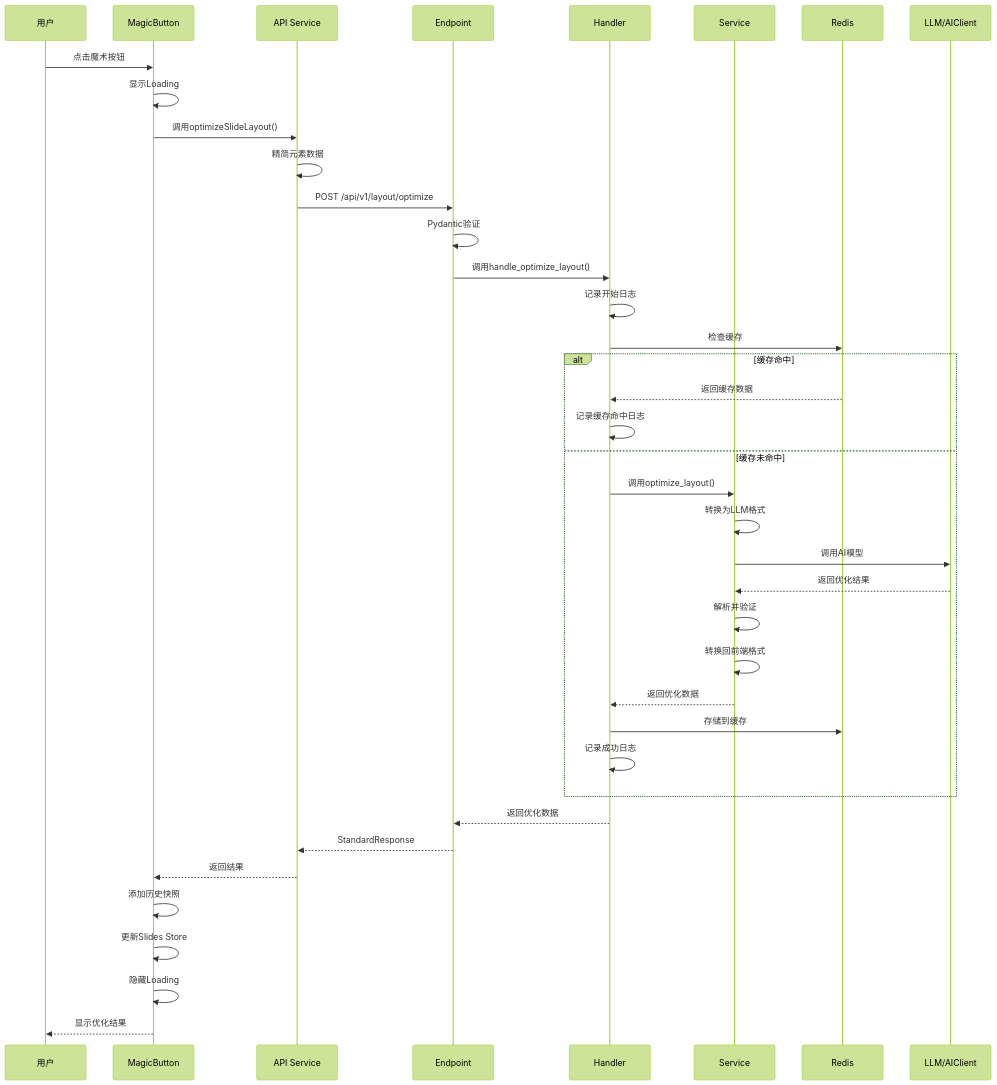
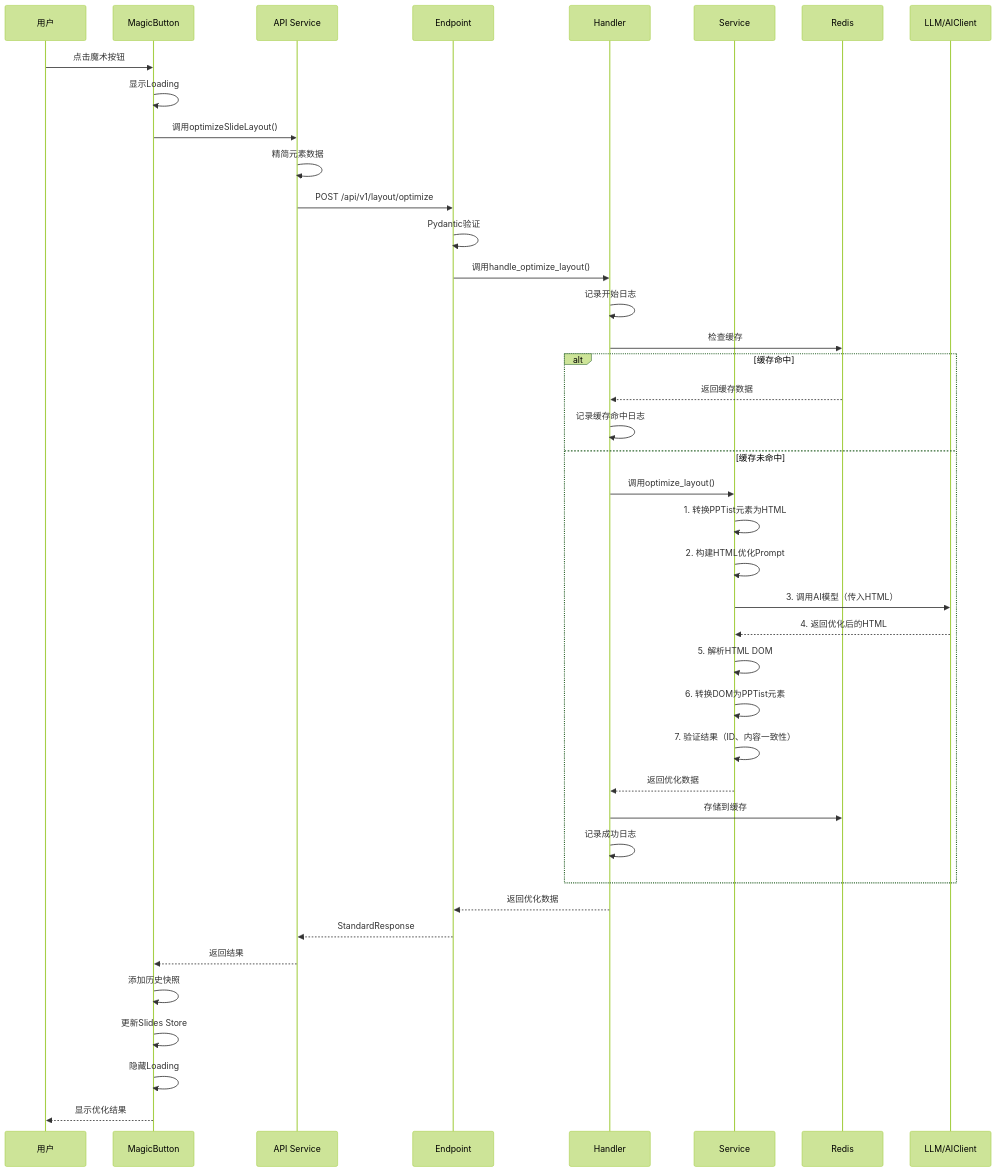
Before and after one commit to domonic18/ai-pptist-system: the diagram in docs/arch/AIPPT优化排版功能/架构设计文档-完善版.md, drawn with Mermaid (forest theme). The commit also changed other lines of this file and 2 other files, not shown here.

````diff
--- a/docs/arch/AIPPT优化排版功能/架构设计文档-完善版.md
+++ b/docs/arch/AIPPT优化排版功能/架构设计文档-完善版.md
@@ -323,50 +442,52 @@
 ```mermaid
 sequenceDiagram
     participant User as 用户
     participant UI as MagicButton
     participant API as API Service
     participant Endpoint as Endpoint
     participant Handler as Handler
     participant Service as Service
     participant Cache as Redis
     participant LLM as LLM/AIClient
 
     User->>UI: 点击魔术按钮
     UI->>UI: 显示Loading
     UI->>API: 调用optimizeSlideLayout()
     
     API->>API: 精简元素数据
     API->>Endpoint: POST /api/v1/layout/optimize
     
     Endpoint->>Endpoint: Pydantic验证
     Endpoint->>Handler: 调用handle_optimize_layout()
     
     Handler->>Handler: 记录开始日志
     Handler->>Cache: 检查缓存
     
     alt 缓存命中
         Cache-->>Handler: 返回缓存数据
         Handler->>Handler: 记录缓存命中日志
     else 缓存未命中
         Handler->>Service: 调用optimize_layout()
         
-        Service->>Service: 转换为LLM格式
-        Service->>LLM: 调用AI模型
-        LLM-->>Service: 返回优化结果
-        Service->>Service: 解析并验证
-        Service->>Service: 转换回前端格式
+        Service->>Service: 1. 转换PPTist元素为HTML
+        Service->>Service: 2. 构建HTML优化Prompt
+        Service->>LLM: 3. 调用AI模型（传入HTML）
+        LLM-->>Service: 4. 返回优化后的HTML
+        Service->>Service: 5. 解析HTML DOM
+        Service->>Service: 6. 转换DOM为PPTist元素
+        Service->>Service: 7. 验证结果（ID、内容一致性）
         Service-->>Handler: 返回优化数据
         
         Handler->>Cache: 存储到缓存
         Handler->>Handler: 记录成功日志
     end
     
     Handler-->>Endpoint: 返回优化数据
     Endpoint-->>API: StandardResponse
     API-->>UI: 返回结果
     
     UI->>UI: 添加历史快照
     UI->>UI: 更新Slides Store
     UI->>UI: 隐藏Loading
     UI-->>User: 显示优化结果
 ```
````
